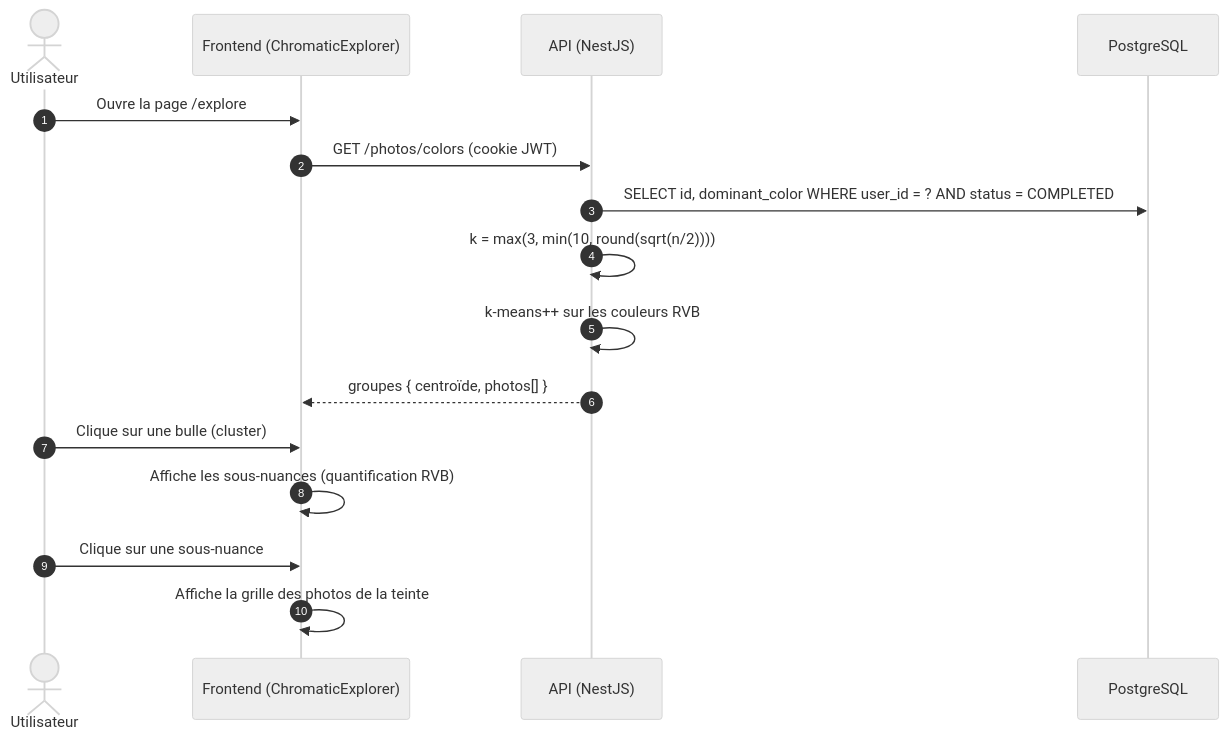
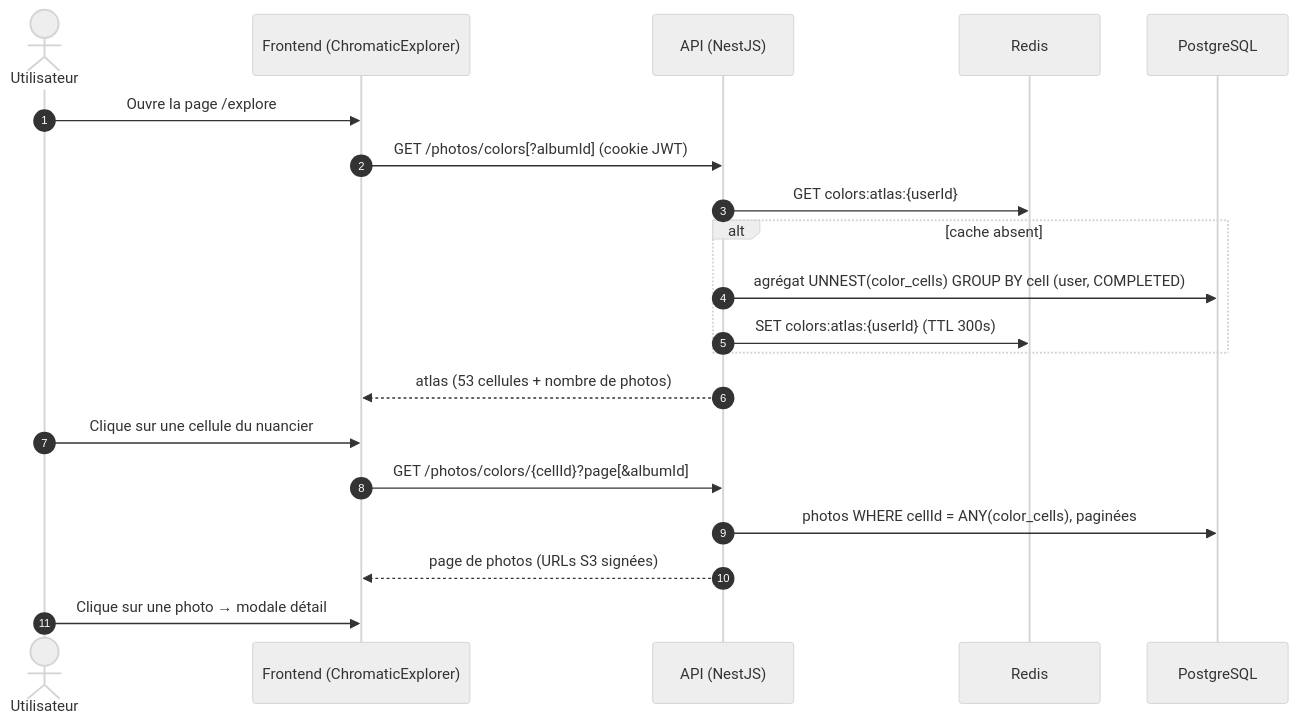
The third of 4 diagrams in docs/diagramme-de-flux.md (TonyMascate/fil_rouge_plateforme), drawn with Mermaid (neutral theme) before and after one commit. The commit also changed other lines of this file and 43 other files, not shown here.

````diff
--- a/docs/diagramme-de-flux.md
+++ b/docs/diagramme-de-flux.md
@@ -113,20 +115,24 @@
 ```mermaid
 sequenceDiagram
     autonumber
     actor U as Utilisateur
     participant F as Frontend (ChromaticExplorer)
     participant A as API (NestJS)
+    participant R as Redis
     participant DB as PostgreSQL
 
     U->>F: Ouvre la page /explore
-    F->>A: GET /photos/colors (cookie JWT)
-    A->>DB: SELECT id, dominant_color WHERE user_id = ? AND status = COMPLETED
-    A->>A: k = max(3, min(10, round(sqrt(n/2))))
-    A->>A: k-means++ sur les couleurs RVB
-    A-->>F: groupes { centroïde, photos[] }
+    F->>A: GET /photos/colors[?albumId] (cookie JWT)
+    A->>R: GET colors:atlas:{userId}
+    alt cache absent
+        A->>DB: agrégat UNNEST(color_cells) GROUP BY cell (user, COMPLETED)
+        A->>R: SET colors:atlas:{userId} (TTL 300s)
+    end
+    A-->>F: atlas (53 cellules + nombre de photos)
 
-    U->>F: Clique sur une bulle (cluster)
-    F->>F: Affiche les sous-nuances (quantification RVB)
-    U->>F: Clique sur une sous-nuance
-    F->>F: Affiche la grille des photos de la teinte
+    U->>F: Clique sur une cellule du nuancier
+    F->>A: GET /photos/colors/{cellId}?page[&albumId]
+    A->>DB: photos WHERE cellId = ANY(color_cells), paginées
+    A-->>F: page de photos (URLs S3 signées)
+    U->>F: Clique sur une photo → modale détail
 ```
````
